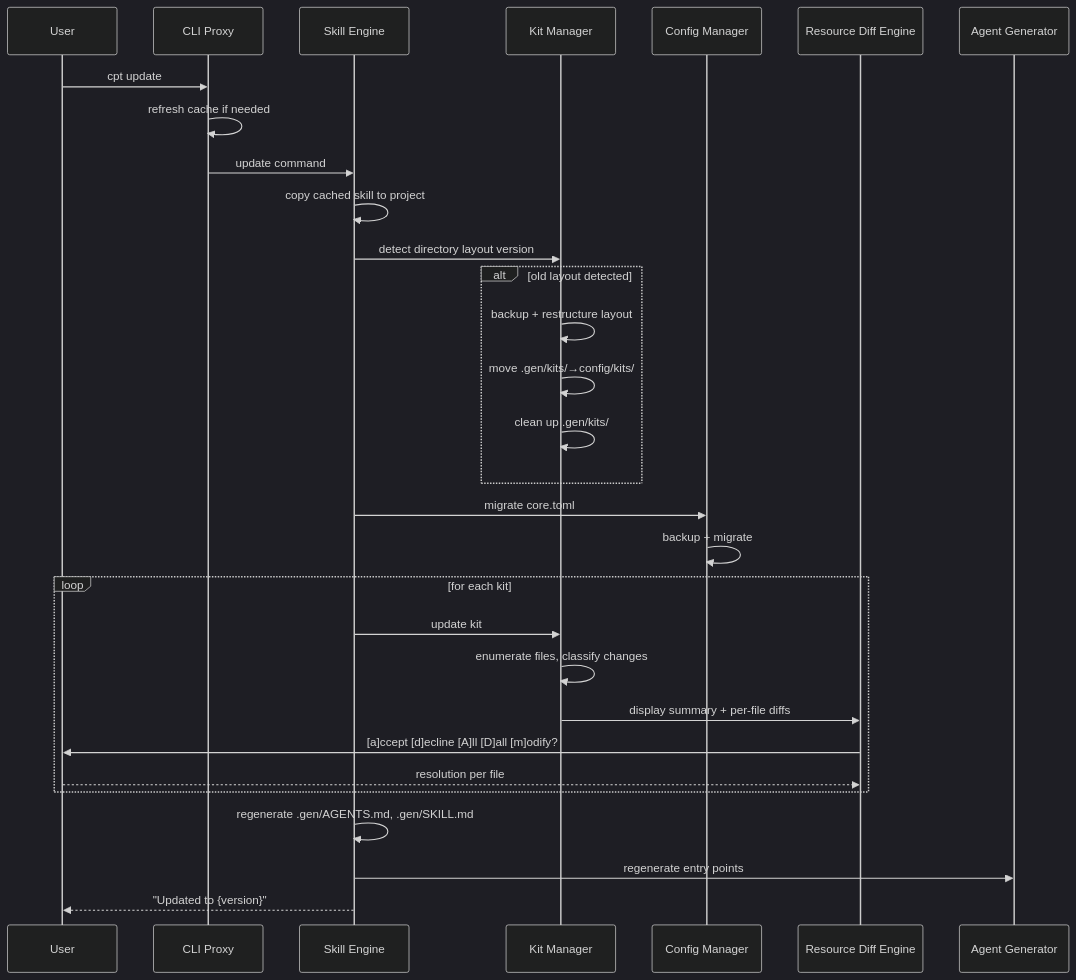
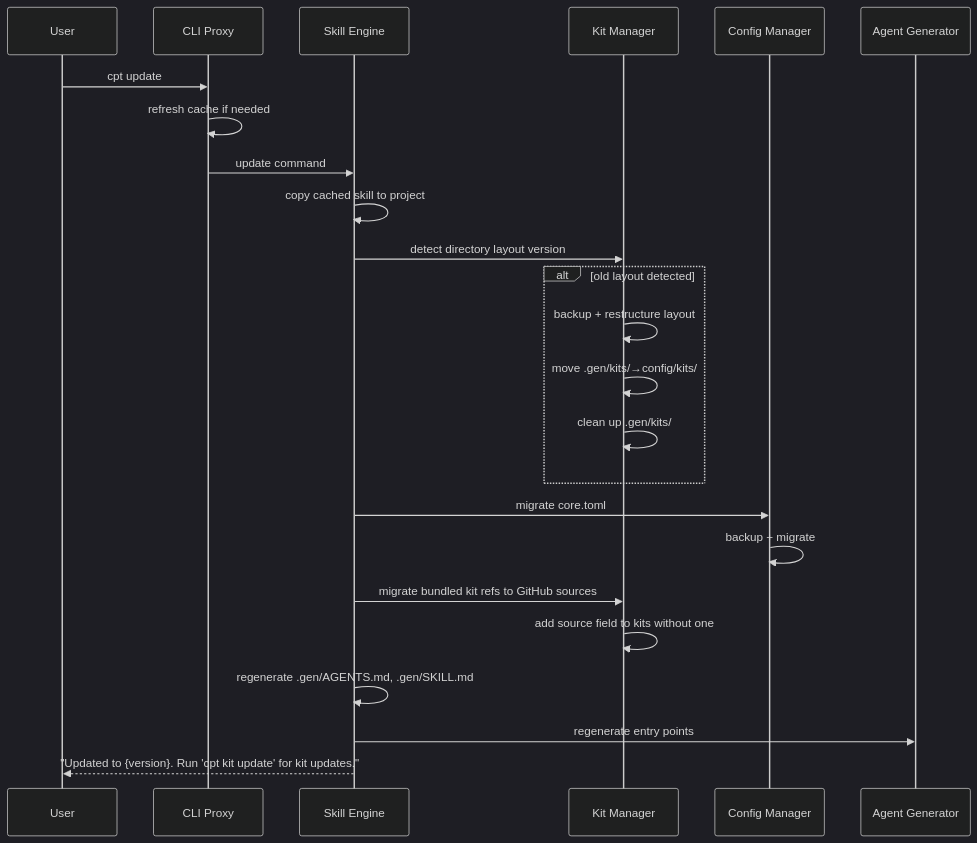
One commit to bsacrobatix/cyber-pilot changed the sixth of 7 diagrams in architecture/DESIGN.md. Above: the diagram before and after it, drawn with Mermaid (dark theme). The commit also changed other lines of this file and 15 other files, not shown here.

First line of the commit message:
``` docs(core,adr): extract SDLC kit to GitHub repository and update architecture docs to reflect external kit model

````diff
--- a/architecture/DESIGN.md
+++ b/architecture/DESIGN.md
@@ -962,25 +899,20 @@
 ```mermaid
 sequenceDiagram
     User->>CLI Proxy: cpt update
     CLI Proxy->>CLI Proxy: refresh cache if needed
     CLI Proxy->>Skill Engine: update command
     Skill Engine->>Skill Engine: copy cached skill to project
     Skill Engine->>Kit Manager: detect directory layout version
     alt old layout detected
         Kit Manager->>Kit Manager: backup + restructure layout
         Kit Manager->>Kit Manager: move .gen/kits/→config/kits/
         Kit Manager->>Kit Manager: clean up .gen/kits/
     end
     Skill Engine->>Config Manager: migrate core.toml
     Config Manager->>Config Manager: backup + migrate
-    loop for each kit
-        Skill Engine->>Kit Manager: update kit
-        Kit Manager->>Kit Manager: enumerate files, classify changes
-        Kit Manager->>Resource Diff Engine: display summary + per-file diffs
-        Resource Diff Engine->>User: [a]ccept [d]ecline [A]ll [D]all [m]odify?
-        User-->>Resource Diff Engine: resolution per file
-    end
+    Skill Engine->>Kit Manager: migrate bundled kit refs to GitHub sources
+    Kit Manager->>Kit Manager: add source field to kits without one
     Skill Engine->>Skill Engine: regenerate .gen/AGENTS.md, .gen/SKILL.md
     Skill Engine->>Agent Generator: regenerate entry points
-    Skill Engine-->>User: "Updated to {version}"
+    Skill Engine-->>User: "Updated to {version}. Run 'cpt kit update' for kit updates."
 ```
````
